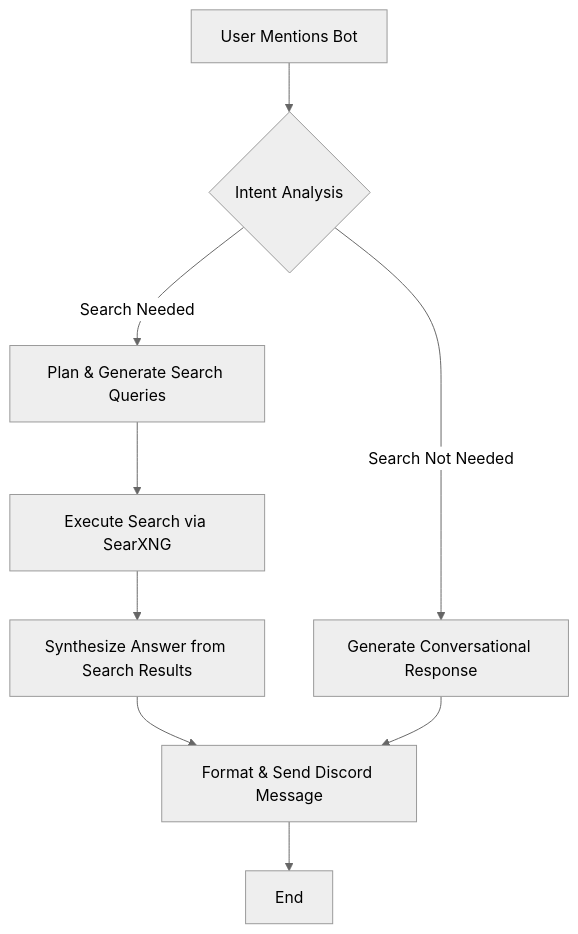
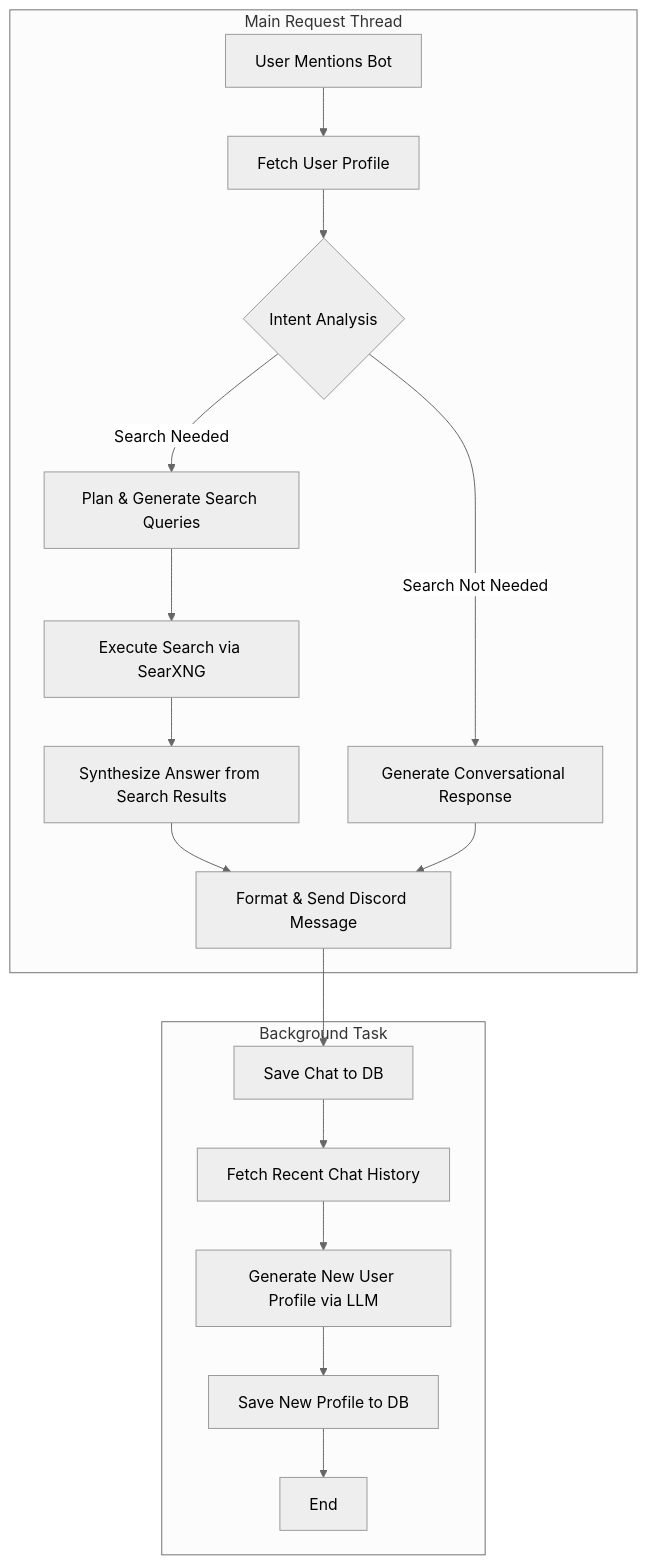
One commit to jonahgcarpenter/joney-bot changed the diagram in README.md. Above: the diagram before and after it, drawn with Mermaid (neutral theme).

````diff
--- a/README.md
+++ b/README.md
@@ -14,11 +14,22 @@
 ```mermaid
 graph TD
-    A[User Mentions Bot] --> B{Intent Analysis};
-    B --> |Search Not Needed| C[Generate Conversational Response];
-    B --> |Search Needed| D[Plan & Generate Search Queries];
-    D --> E[Execute Search via SearXNG];
-    E --> F[Synthesize Answer from Search Results];
-    F --> G[Format & Send Discord Message];
-    C --> G;
-    G --> H[End];
+    subgraph Main Request Thread
+        A[User Mentions Bot] --> B[Fetch User Profile];
+        B --> C{Intent Analysis};
+        C --> |Search Not Needed| D[Generate Conversational Response];
+        C --> |Search Needed| E[Plan & Generate Search Queries];
+        E --> F[Execute Search via SearXNG];
+        F --> G[Synthesize Answer from Search Results];
+        G --> H[Format & Send Discord Message];
+        D --> H;
+    end
+
+    subgraph Background Task
+        I[Save Chat to DB] --> J[Fetch Recent Chat History];
+        J --> K[Generate New User Profile via LLM];
+        K --> L[Save New Profile to DB];
+        L --> M[End];
+    end
+
+    H --> I;
 ```
````
